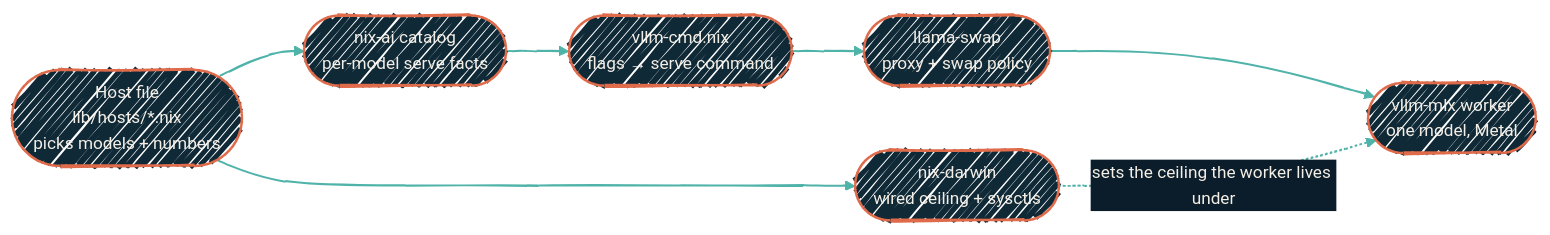
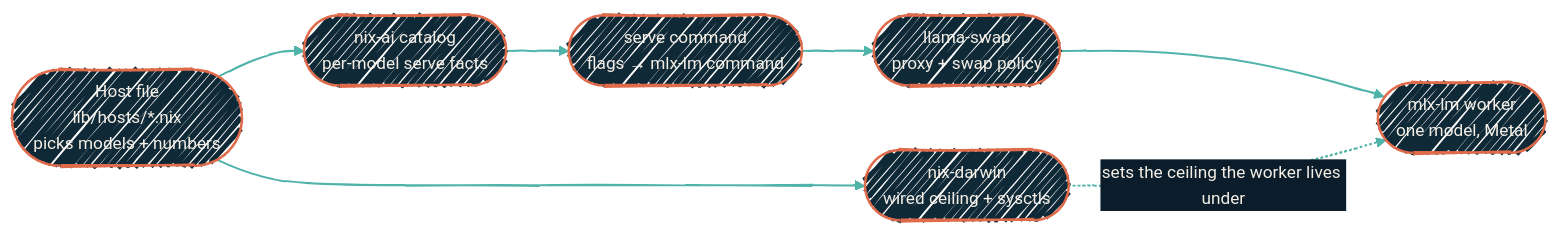
The first of 2 diagrams in local-llm/nix-serving-stack.mdx (dryvist/docs), drawn with Mermaid before and after one commit. The commit also changed other lines of this file and 100 other files, not shown here.

````diff
--- a/local-llm/nix-serving-stack.mdx
+++ b/local-llm/nix-serving-stack.mdx
@@ -55,19 +55,19 @@
 ```mermaid
 %%{init:
   {'theme':'base','look':'handDrawn','themeVariables':{'fontFamily':'Geist','fontSize':'14px','primaryColor':'#102937','primaryTextColor':'#F4EFE6','primaryBorderColor':'#4FB3A9','lineColor':'#4FB3A9','secondaryColor':'#0B1D2A','tertiaryColor':'#1A2A38','clusterBkg':'rgba(79,179,169,0.08)','clusterBorder':'#4FB3A9'}}}%%
   flowchart LR
   Host([Host file<br/>lib/hosts/*.nix<br/>picks models + numbers])
   Darwin([nix-darwin<br/>wired ceiling + sysctls])
   Catalog([nix-ai catalog<br/>per-model serve facts])
-  Cmd([vllm-cmd.nix<br/>flags → serve command])
+  Cmd([serve command<br/>flags → mlx-lm command])
   Swap([llama-swap<br/>proxy + swap policy])
-  Worker([vllm-mlx worker<br/>one model, Metal])
+  Worker([mlx-lm worker<br/>one model, Metal])
 
   Host --> Darwin
   Host --> Catalog --> Cmd --> Swap --> Worker
   Darwin -.sets the ceiling the worker lives under.-> Worker
 
   classDef ai fill:#102937,stroke:#E06B4A,stroke-width:2px,color:#F4EFE6;
   class Host,Darwin,Catalog,Cmd,Swap,Worker ai
   linkStyle default stroke:#4FB3A9,stroke-width:1.5px;
 ```
````
